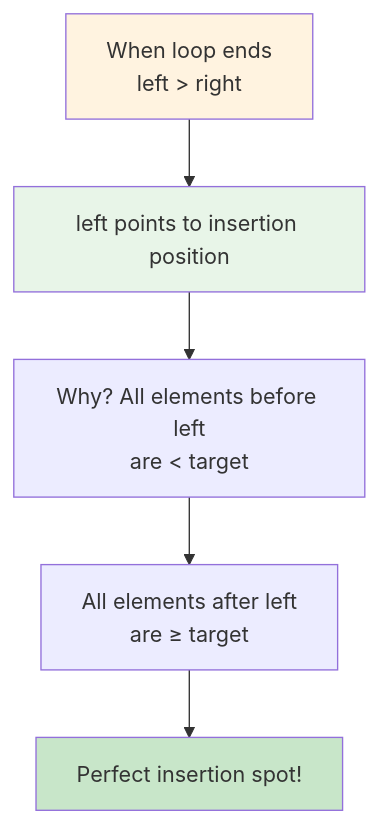
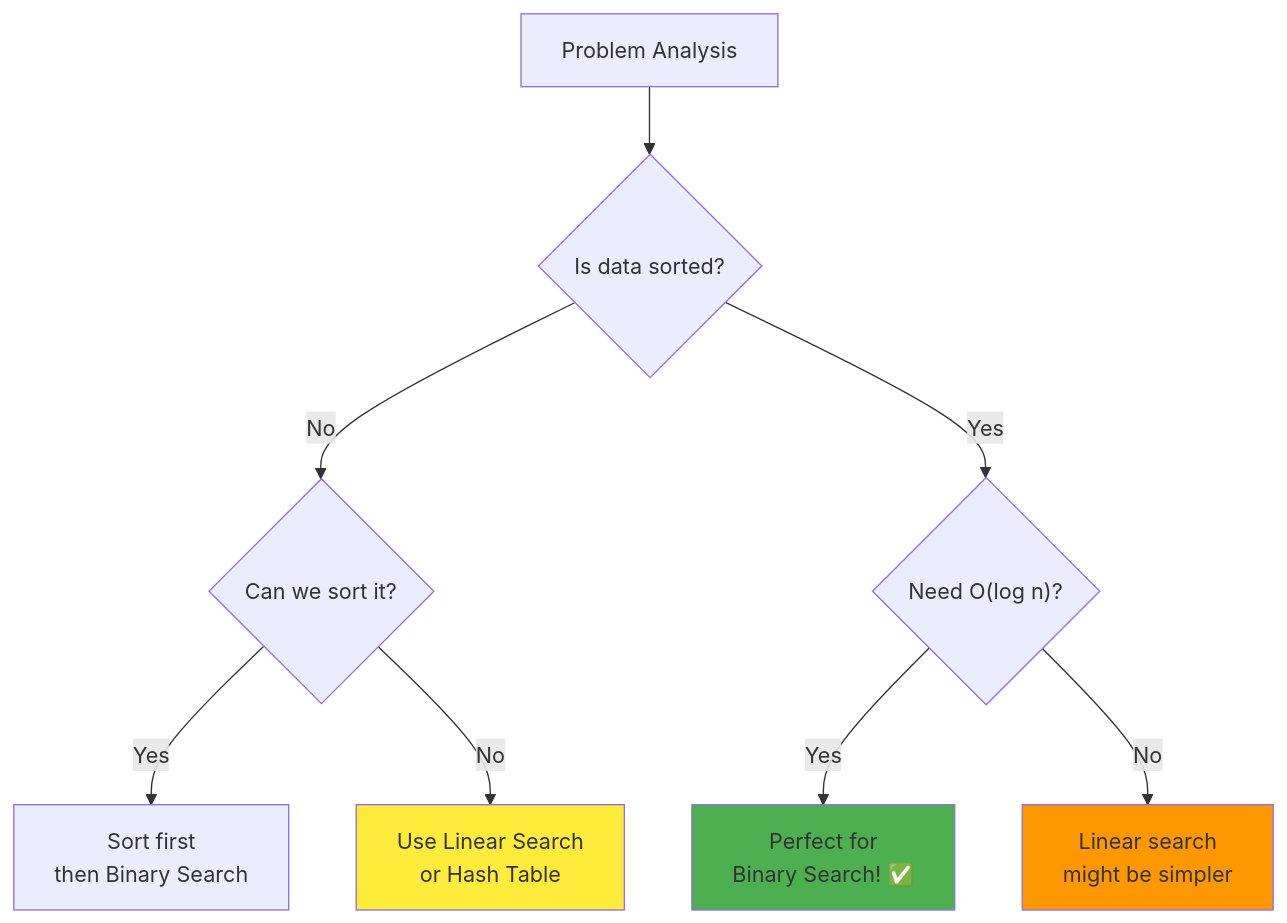
Before and after one commit to LuckyLongre123/DSA_CPP: diagram 17 of 17 in Day_040/README.md, drawn with Mermaid. The commit also changed other lines of this file and 22 other files, not shown here.

````diff
--- a/Day_040/README.md
+++ b/Day_040/README.md
@@ -418,11 +926,16 @@
 ```mermaid
-graph TD
-    A[When loop ends<br/>left > right] --> B[left points to insertion position]
-    B --> C[Why? All elements before left<br/>are < target]
-    C --> D[All elements after left<br/>are ≥ target]
-    D --> E[Perfect insertion spot!]
+flowchart TD
+    A["Problem Analysis"] --> B{"Is data sorted?"}
+    B -->|"No"| C{"Can we sort it?"}
+    B -->|"Yes"| D{"Need O(log n)?"}
     
-    style A fill:#fff3e0
-    style B fill:#e8f5e8
-    style E fill:#c8e6c9
+    C -->|"Yes"| E["Sort first<br/>then Binary Search"]
+    C -->|"No"| F["Use Linear Search<br/>or Hash Table"]
+    
+    D -->|"Yes"| G["Perfect for<br/>Binary Search! ✅"]
+    D -->|"No"| H["Linear search<br/>might be simpler"]
+    
+    style G fill:#4caf50
+    style F fill:#ffeb3b
+    style H fill:#ff9800
 ```
````
